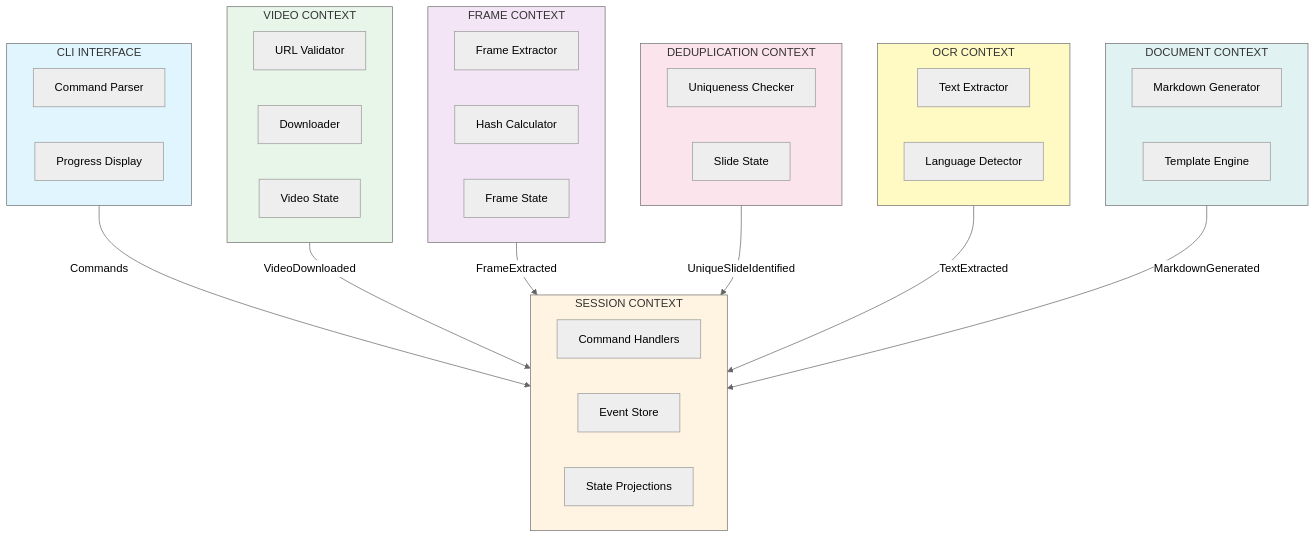
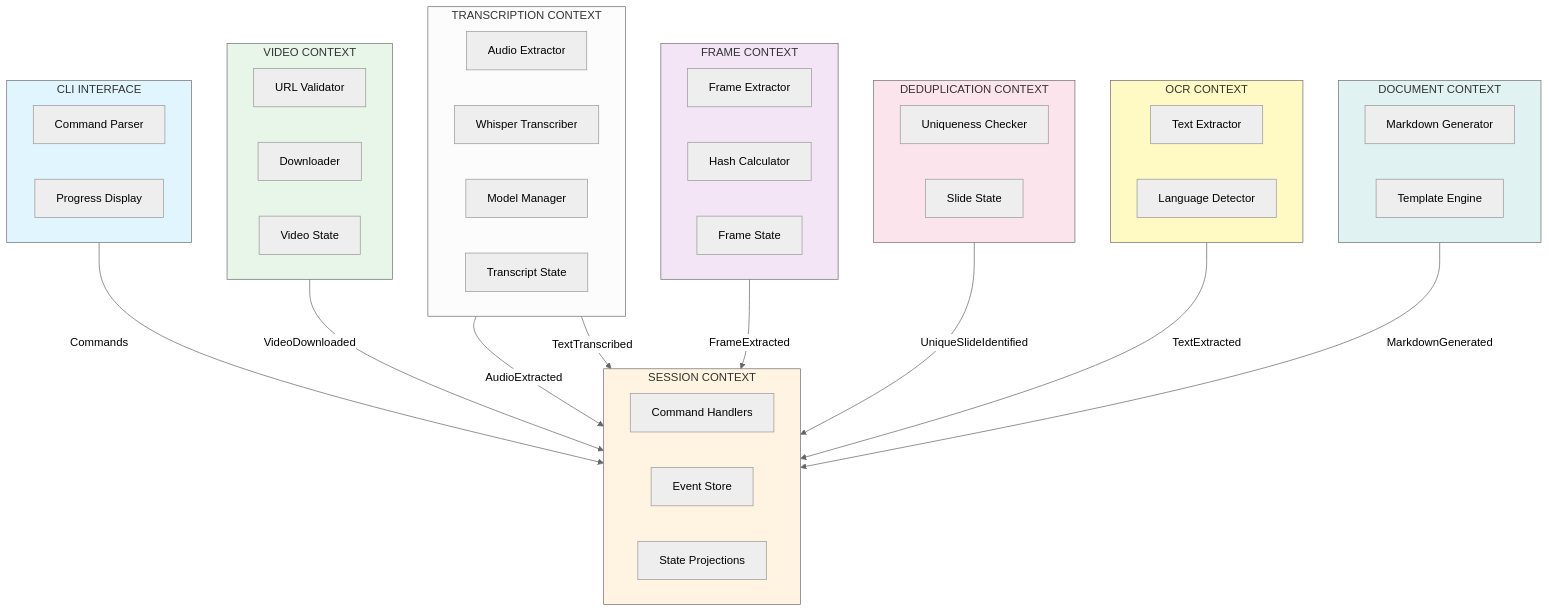
Before and after one commit to ragavsathish/yt-sl: the third of 3 diagrams in docs/EVENTSTORMING_FDD.md, drawn with Mermaid (neutral theme). The commit also changed other lines of this file, not shown here.

Commit message:
docs: update EVENTSTORMING_FDD.md with transcription domain

````diff
--- a/docs/EVENTSTORMING_FDD.md
+++ b/docs/EVENTSTORMING_FDD.md
@@ -421,55 +509,64 @@
 ```mermaid
 graph TB
     subgraph CLI["CLI INTERFACE"]
         C1[Command Parser]
         C2[Progress Display]
     end
 
     subgraph SESSION["SESSION CONTEXT"]
         S1[Command Handlers]
         S2[Event Store]
         S3[State Projections]
     end
 
     subgraph VIDEO["VIDEO CONTEXT"]
         V1[URL Validator]
         V2[Downloader]
         V3[Video State]
     end
+
+     subgraph TRANSCRIPTION["TRANSCRIPTION CONTEXT"]
+         T1[Audio Extractor]
+         T2[Whisper Transcriber]
+         T3[Model Manager]
+         T4[Transcript State]
+     end
 
     subgraph FRAME["FRAME CONTEXT"]
         F1[Frame Extractor]
         F2[Hash Calculator]
         F3[Frame State]
     end
 
     subgraph DEDUP["DEDUPLICATION CONTEXT"]
         D1[Uniqueness Checker]
         D2[Slide State]
     end
 
     subgraph OCR["OCR CONTEXT"]
         O1[Text Extractor]
         O2[Language Detector]
     end
 
     subgraph DOC["DOCUMENT CONTEXT"]
         M1[Markdown Generator]
         M2[Template Engine]
     end
 
     CLI -->|Commands| SESSION
     VIDEO -->|VideoDownloaded| SESSION
+    TRANSCRIPTION -->|AudioExtracted| SESSION
+    TRANSCRIPTION -->|TextTranscribed| SESSION
     FRAME -->|FrameExtracted| SESSION
     DEDUP -->|UniqueSlideIdentified| SESSION
     OCR -->|TextExtracted| SESSION
     DOC -->|MarkdownGenerated| SESSION
 
     style CLI fill:#e1f5ff
     style SESSION fill:#fff4e1
     style VIDEO fill:#e8f5e9
     style FRAME fill:#f3e5f5
     style DEDUP fill:#fce4ec
     style OCR fill:#fff9c4
     style DOC fill:#e0f2f1
 ```
````
